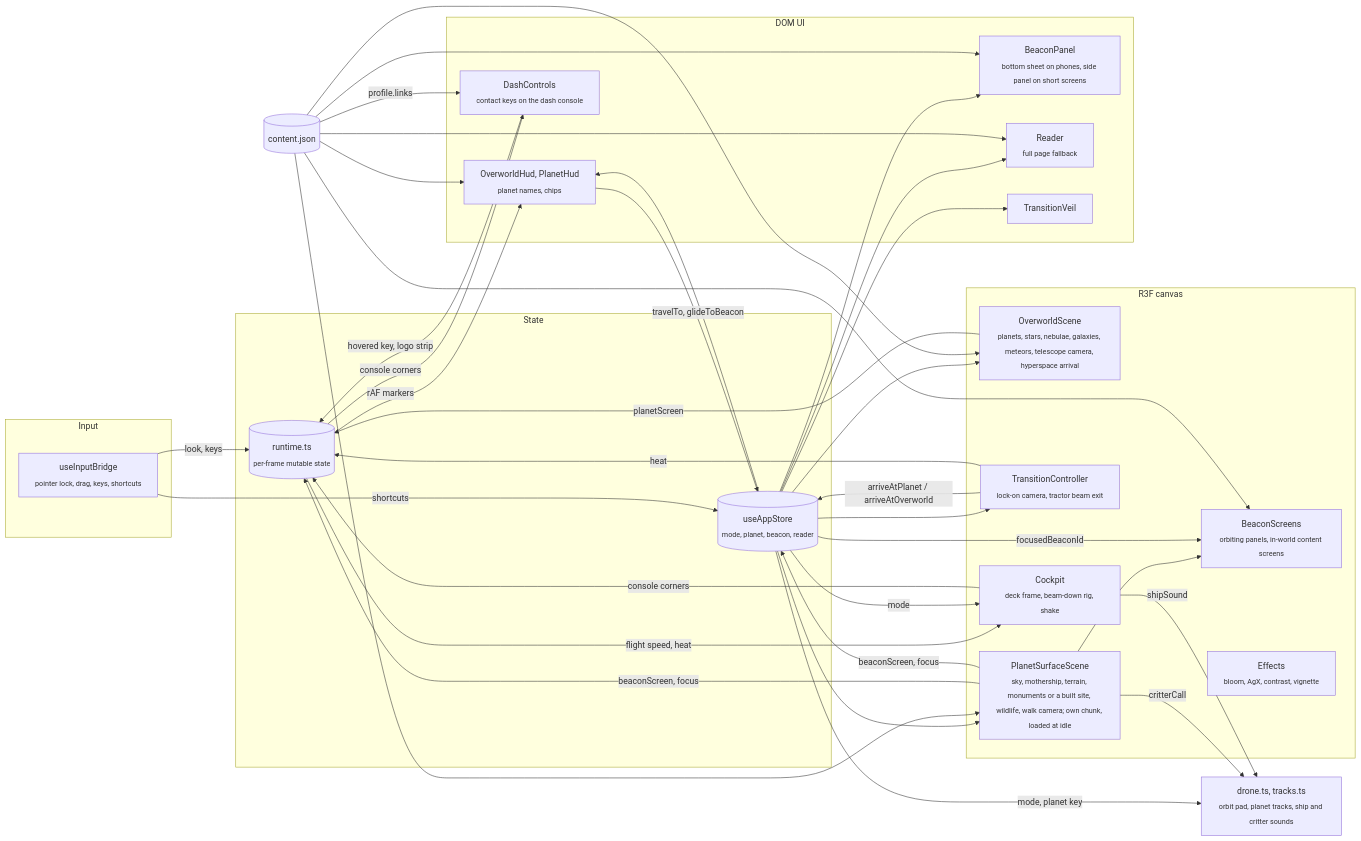
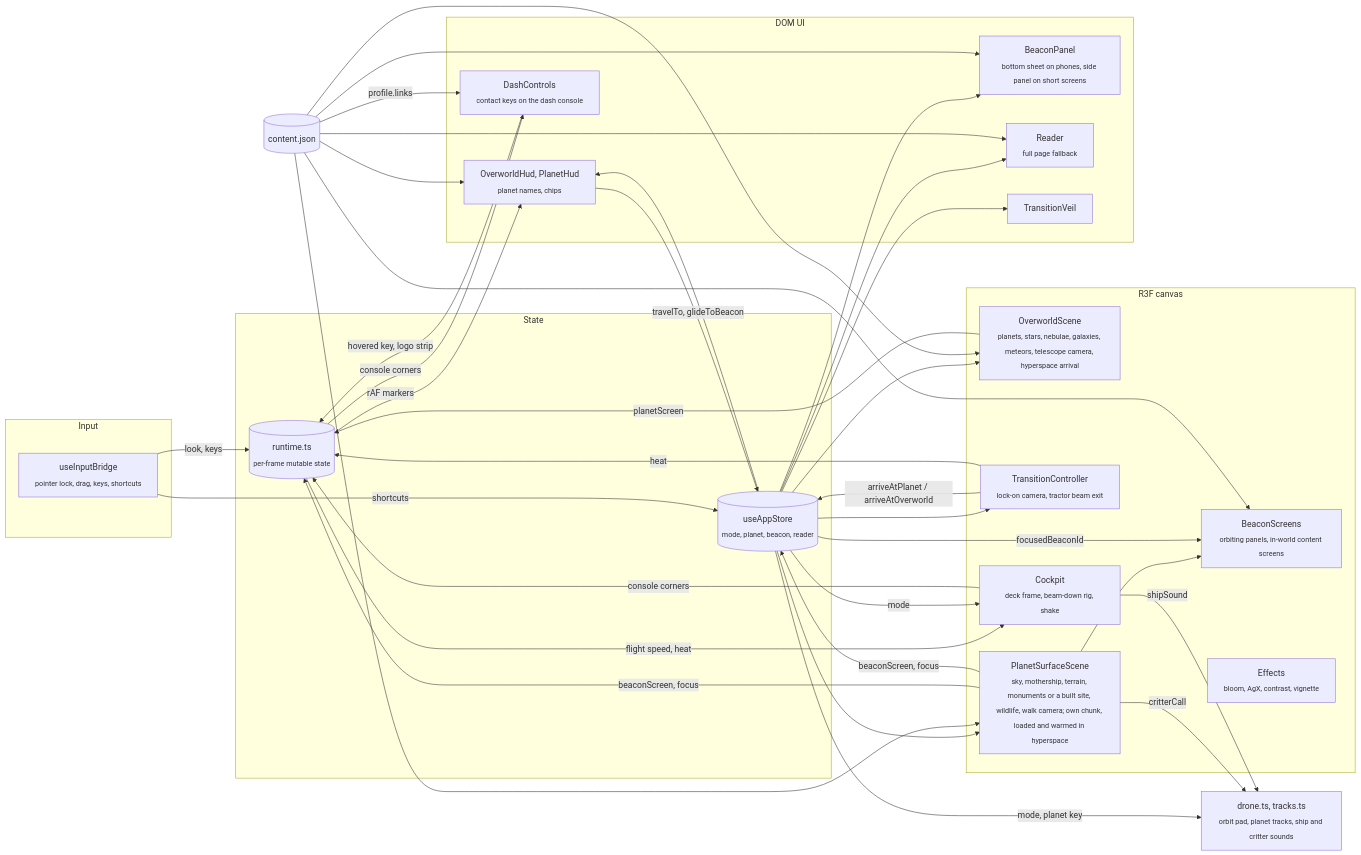
The first of 3 diagrams in README.md (teddycitrus/portfolio), drawn with Mermaid before and after one commit. The commit also changed other lines of this file and 17 other files, not shown here.

````diff
--- a/README.md
+++ b/README.md
@@ -19,49 +19,49 @@
 ```mermaid
 flowchart LR
   subgraph Input
     bridge["useInputBridge<br/><sub>pointer lock, drag, keys, shortcuts</sub>"]
   end
   subgraph State
     store[("useAppStore<br/><sub>mode, planet, beacon, reader</sub>")]
     runtime[("runtime.ts<br/><sub>per-frame mutable state</sub>")]
   end
   subgraph Canvas["R3F canvas"]
     overworld["OverworldScene<br/><sub>planets, stars, nebulae, galaxies, meteors, telescope camera, hyperspace arrival</sub>"]
-    surface["PlanetSurfaceScene<br/><sub>sky, mothership, terrain, monuments or a built site, wildlife, walk camera; own chunk, loaded at idle</sub>"]
+    surface["PlanetSurfaceScene<br/><sub>sky, mothership, terrain, monuments or a built site, wildlife, walk camera; own chunk, loaded and warmed in hyperspace</sub>"]
     screens["BeaconScreens<br/><sub>orbiting panels, in-world content screens</sub>"]
     transition["TransitionController<br/><sub>lock-on camera, tractor beam exit</sub>"]
     ship["Cockpit<br/><sub>deck frame, beam-down rig, shake</sub>"]
     fx["Effects<br/><sub>bloom, AgX, contrast, vignette</sub>"]
   end
   subgraph DOM["DOM UI"]
     hud["OverworldHud, PlanetHud<br/><sub>planet names, chips</sub>"]
     contact["DashControls<br/><sub>contact keys on the dash console</sub>"]
     panel["BeaconPanel<br/><sub>bottom sheet on phones, side panel on short screens</sub>"]
     reader["Reader<br/><sub>full page fallback</sub>"]
     veil["TransitionVeil"]
   end
   content[("content.json")]
   drone["drone.ts, tracks.ts<br/><sub>orbit pad, planet tracks, ship and critter sounds</sub>"]
 
   bridge -->|"look, keys"| runtime
   bridge -->|"shortcuts"| store
   store --> overworld & surface & transition & hud & panel & reader & veil
   overworld -->|"planetScreen"| runtime
   surface -->|"beaconScreen, focus"| runtime & store
   runtime -->|"rAF markers"| hud
   surface --> screens
   surface -->|"critterCall"| drone
   store -->|"focusedBeaconId"| screens
   store -->|"mode, planet key"| drone
   content --> overworld & surface & hud & panel & reader & screens
   hud -->|"travelTo, glideToBeacon"| store
   transition -->|"arriveAtPlanet / arriveAtOverworld"| store
   transition -->|"heat"| runtime
   runtime -->|"flight speed, heat"| ship
   store -->|"mode"| ship
   ship -->|"shipSound"| drone
   ship -->|"console corners"| runtime
   runtime -->|"console corners"| contact
   contact -->|"hovered key, logo strip"| runtime
   content -->|"profile.links"| contact
 ```
````
